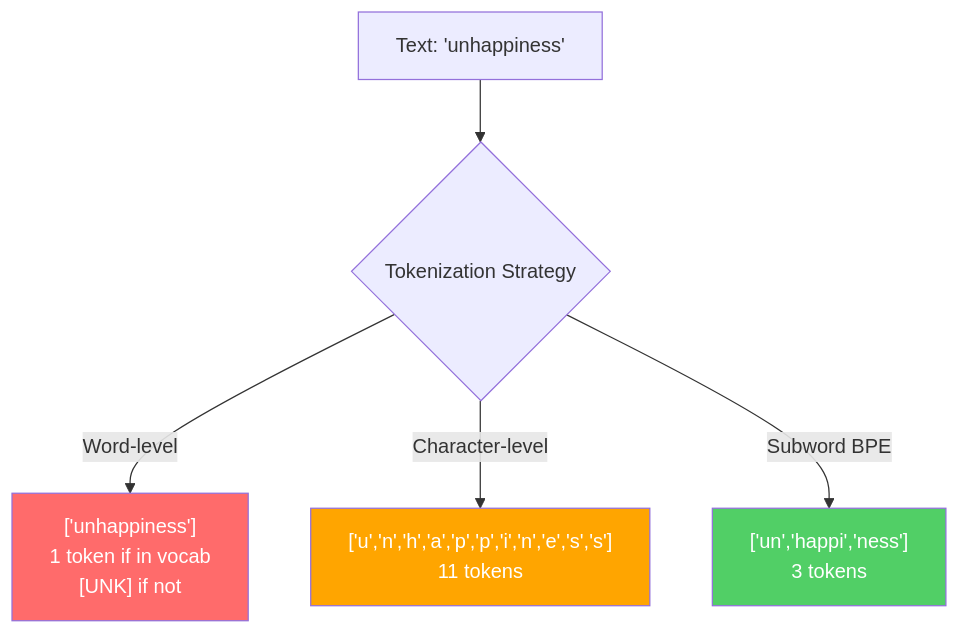
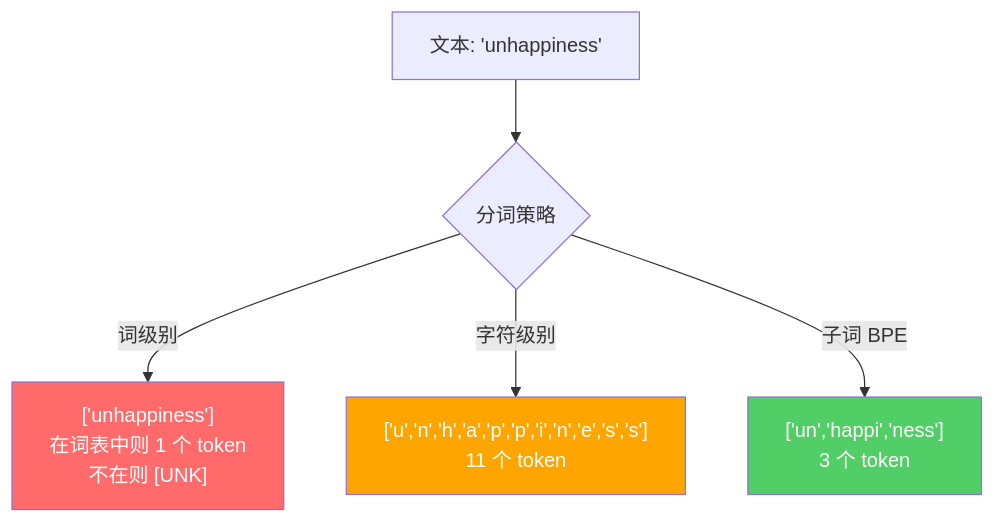
Before and after one commit to alessandrodinisio-ai/ai-engineering-learning-framework: the first of 3 diagrams in phases/10-llms-from-scratch/01-tokenizers/docs/zh.md, drawn with Mermaid. The commit also changed other lines of this file and 120 other files, not shown here.

First line of the commit message:
i18n(mermaid): 337 个 mermaid 图表标签中文化

````diff
--- a/phases/10-llms-from-scratch/01-tokenizers/docs/zh.md
+++ b/phases/10-llms-from-scratch/01-tokenizers/docs/zh.md
@@ -41,11 +41,11 @@
 ```mermaid
 graph TD
-    A["Text: 'unhappiness'"] --> B{"Tokenization Strategy"}
-    B -->|Word-level| C["['unhappiness']\n1 token if in vocab\n[UNK] if not"]
-    B -->|Character-level| D["['u','n','h','a','p','p','i','n','e','s','s']\n11 tokens"]
-    B -->|Subword BPE| E["['un','happi','ness']\n3 tokens"]
+    A["文本: 'unhappiness'"] --> B{"分词策略"}
+    B -->|词级别| C["['unhappiness']\n在词表中则 1 个 token\n不在则 [UNK]"]
+    B -->|字符级别| D["['u','n','h','a','p','p','i','n','e','s','s']\n11 个 token"]
+    B -->|子词 BPE| E["['un','happi','ness']\n3 个 token"]
 
     style C fill:#ff6b6b,color:#fff
     style D fill:#ffa500,color:#fff
     style E fill:#51cf66,color:#fff
 ```
````
